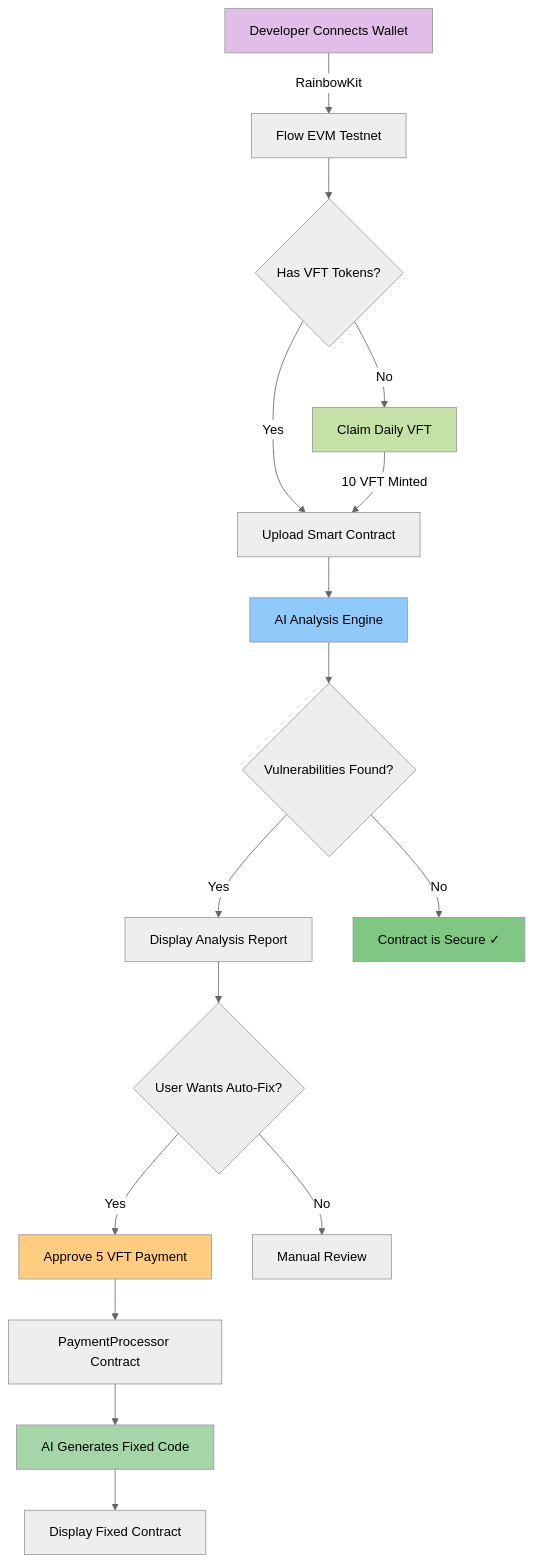
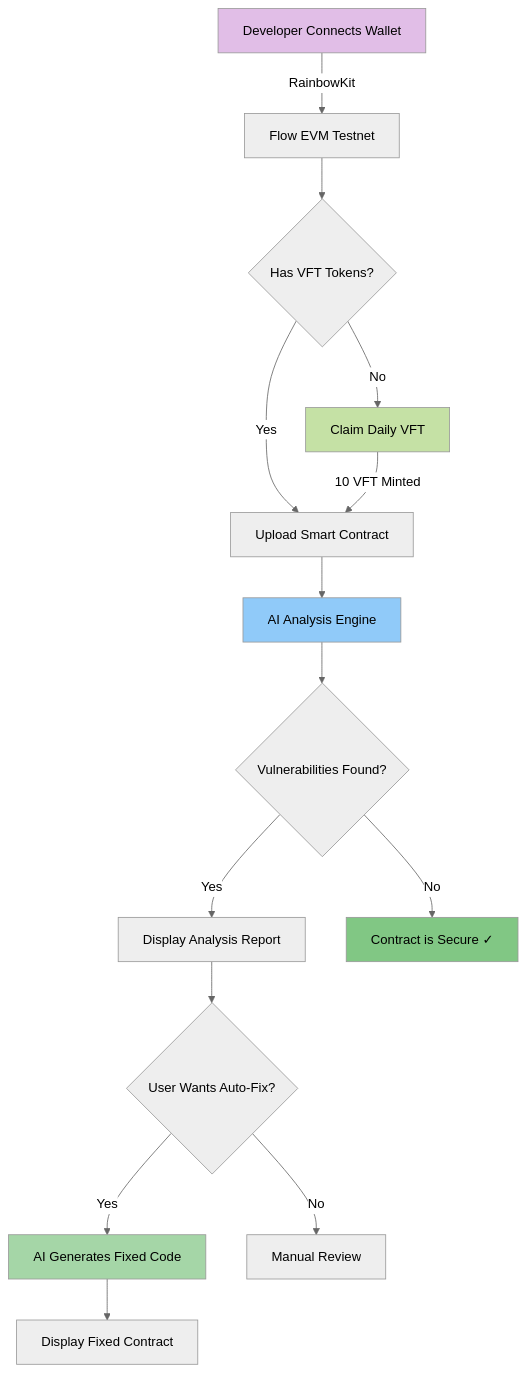
One commit to manjeetsharma0796/VulnFlow changed the first of 3 diagrams in README.md. Above: the diagram before and after it, drawn with Mermaid (neutral theme). The commit also changed other lines of this file and 9 other files, not shown here.

````diff
--- a/README.md
+++ b/README.md
@@ -81,29 +77,26 @@
 ```mermaid
 graph TD
     A[Developer Connects Wallet] -->|RainbowKit| B[Flow EVM Testnet]
     B --> C{Has VFT Tokens?}
     C -->|No| D[Claim Daily VFT]
     C -->|Yes| E[Upload Smart Contract]
     D -->|10 VFT Minted| E
     
     E --> F[AI Analysis Engine]
     F --> G{Vulnerabilities Found?}
     
     G -->|Yes| H[Display Analysis Report]
     G -->|No| I[Contract is Secure ✓]
     
     H --> J{User Wants Auto-Fix?}
-    J -->|Yes| K[Approve 5 VFT Payment]
-    K --> L[PaymentProcessor Contract]
-    L --> M[AI Generates Fixed Code]
-    M --> N[Display Fixed Contract]
+    J -->|Yes| K[AI Generates Fixed Code]
+    K --> L[Display Fixed Contract]
     
-    J -->|No| O[Manual Review]
+    J -->|No| M[Manual Review]
     
     style A fill:#e1bee7
     style D fill:#c5e1a5
     style F fill:#90caf9
-    style K fill:#ffcc80
-    style M fill:#a5d6a7
+    style K fill:#a5d6a7
     style I fill:#81c784
 ```
````
